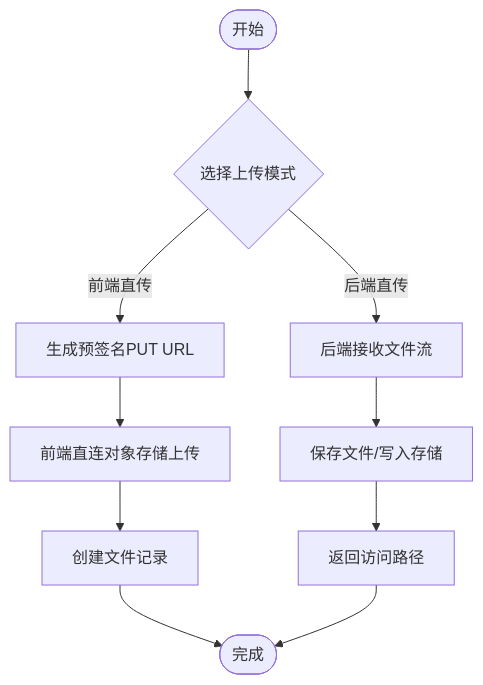
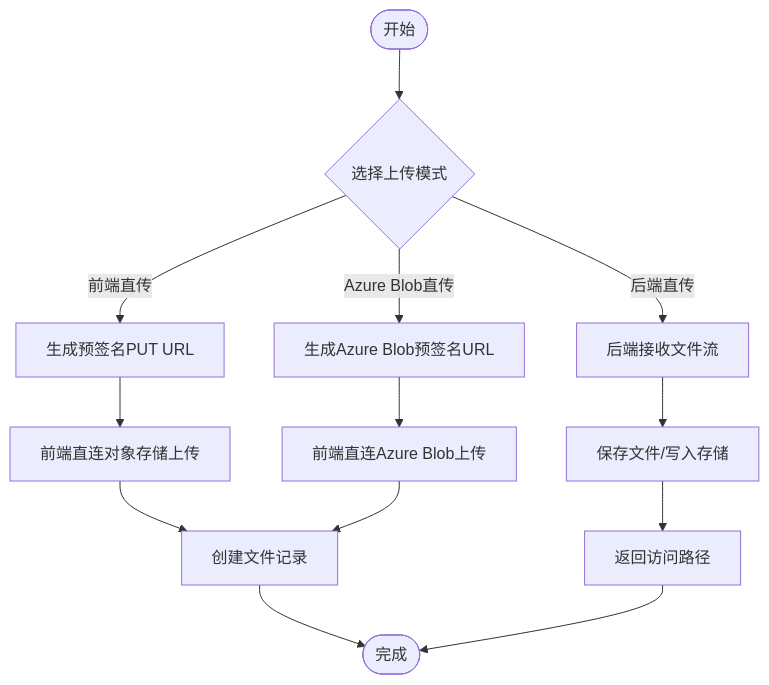
Before and after one commit to xiaoche80s-tech/rouyi-vue-pro: the third of 6 diagrams in .qoder/repowiki/zh/content/核心模块/基础设施模块/文件管理系统.md, drawn with Mermaid. The commit also changed other lines of this file and 596 other files, not shown here.

````diff
--- a/.qoder/repowiki/zh/content/核心模块/基础设施模块/文件管理系统.md
+++ b/.qoder/repowiki/zh/content/核心模块/基础设施模块/文件管理系统.md
@@ -141,12 +182,15 @@
 ```mermaid
 flowchart TD
 Start(["开始"]) --> Mode{"选择上传模式"}
 Mode --> |后端直传| Backend["后端接收文件流"]
 Mode --> |前端直传| Presign["生成预签名PUT URL"]
+Mode --> |Azure Blob直传| AzurePresign["生成Azure Blob预签名URL"]
 Backend --> Save["保存文件/写入存储"]
 Presign --> Upload["前端直连对象存储上传"]
+AzurePresign --> AzureUpload["前端直连Azure Blob上传"]
 Save --> Path["返回访问路径"]
 Upload --> Create["创建文件记录"]
+AzureUpload --> Create
 Create --> Done(["完成"])
 Path --> Done
 ```
````
